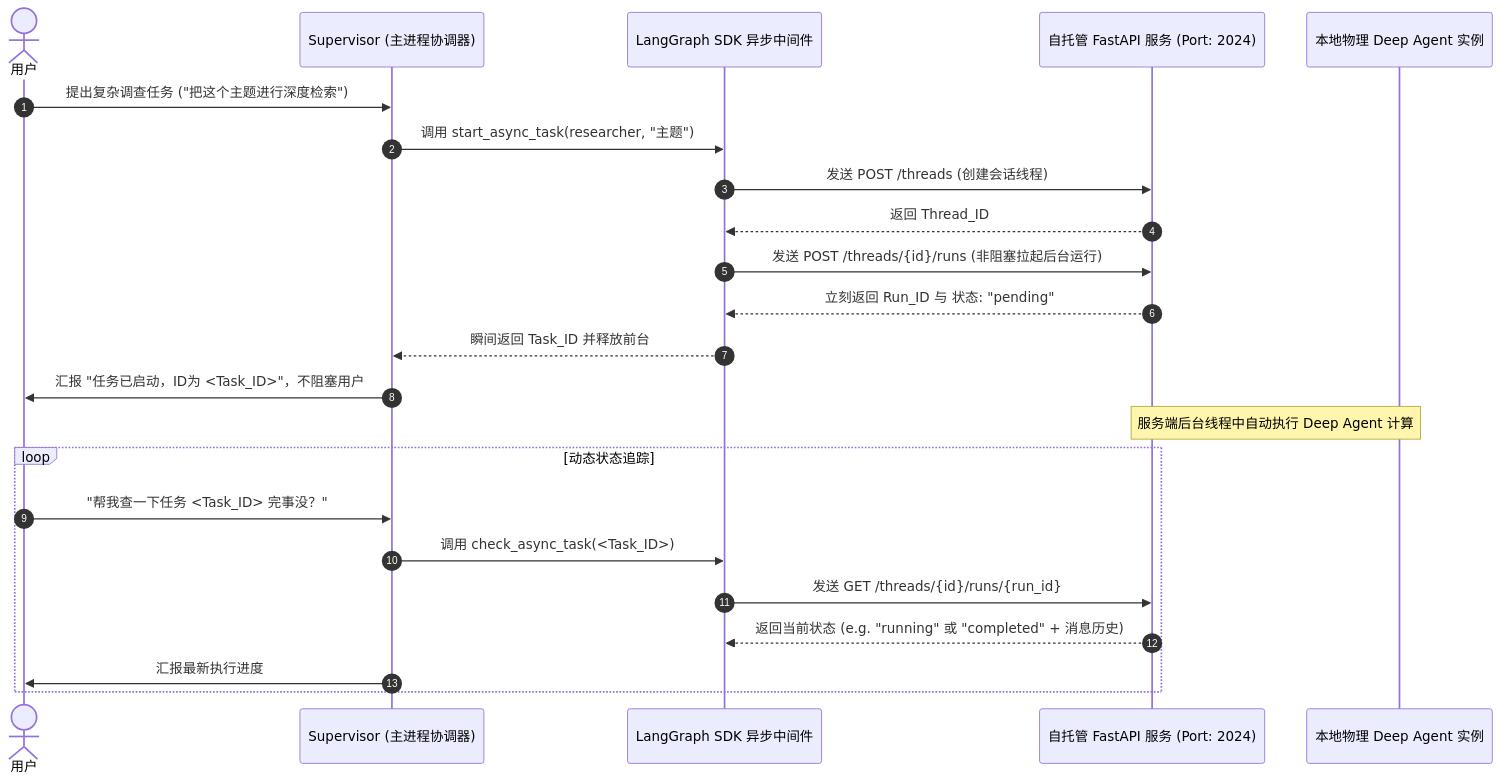
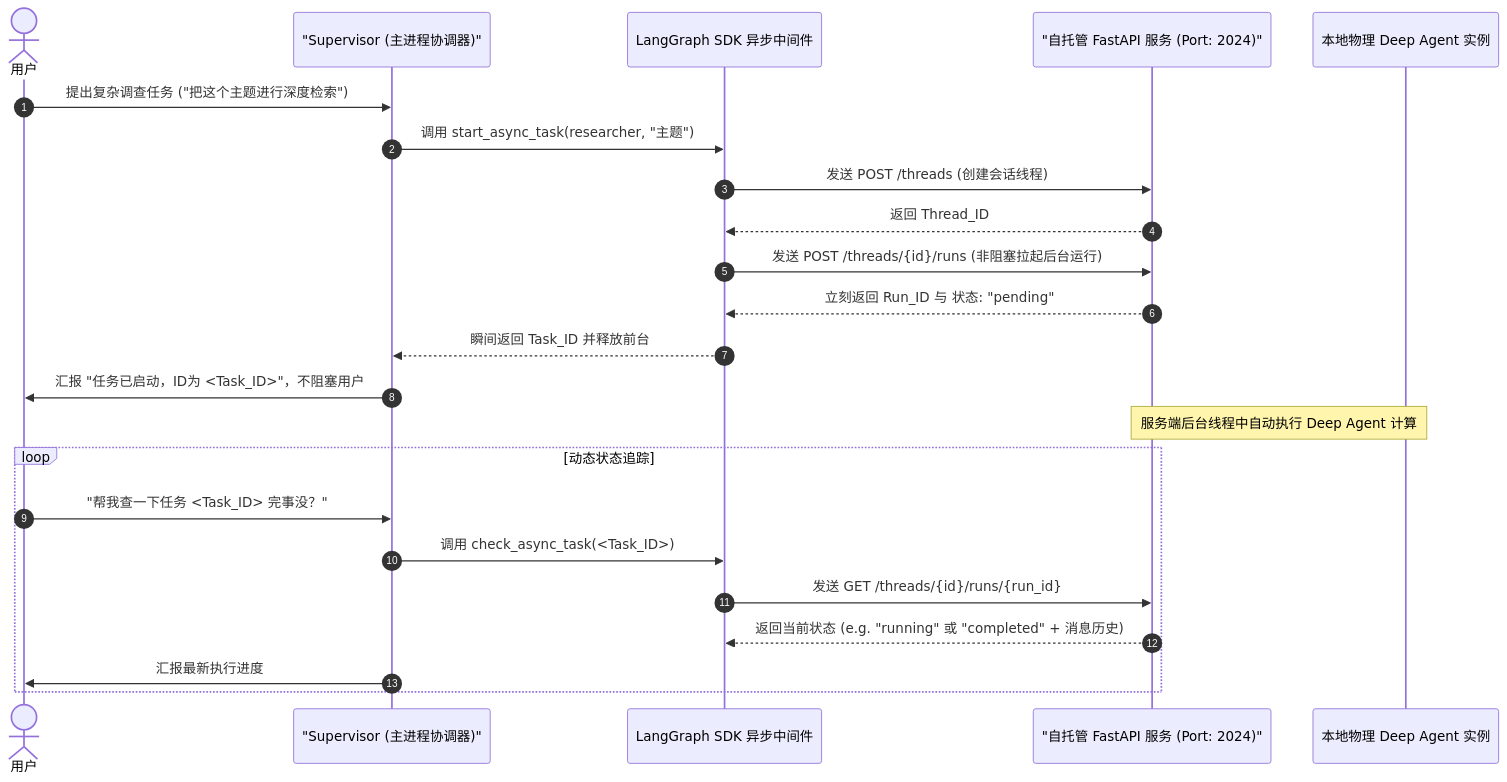
One commit to Xisha2100/deepagents changed the diagram in doc/13_async_subagent_server.md. Above: the diagram before and after it, drawn with Mermaid. The commit also changed 14 other files, not shown here.

Commit message:
docs(sdk): fix Mermaid syntax parser errors for VSCode extension compatibility

````diff
--- a/doc/13_async_subagent_server.md
+++ b/doc/13_async_subagent_server.md
@@ -22,28 +22,28 @@
 ```mermaid
 sequenceDiagram
     autonumber
     actor User as 用户
-    participant Sup as Supervisor (主进程协调器)
+    participant Sup as "Supervisor (主进程协调器)"
     participant SDK as LangGraph SDK 异步中间件
-    participant Server as 自托管 FastAPI 服务 (Port: 2024)
+    participant Server as "自托管 FastAPI 服务 (Port: 2024)"
     participant SubAgent as 本地物理 Deep Agent 实例
 
     User->>Sup: 提出复杂调查任务 ("把这个主题进行深度检索")
     Sup->>SDK: 调用 start_async_task(researcher, "主题")
     SDK->>Server: 发送 POST /threads (创建会话线程)
     Server-->>SDK: 返回 Thread_ID
     SDK->>Server: 发送 POST /threads/{id}/runs (非阻塞拉起后台运行)
     Server-->>SDK: 立刻返回 Run_ID 与 状态: "pending"
     SDK-->>Sup: 瞬间返回 Task_ID 并释放前台
     Sup->>User: 汇报 "任务已启动，ID为 <Task_ID>"，不阻塞用户
     
     Note over Server, SubAgent: 服务端后台线程中自动执行 Deep Agent 计算
     
     loop 动态状态追踪
         User->>Sup: "帮我查一下任务 <Task_ID> 完事没？"
         Sup->>SDK: 调用 check_async_task(<Task_ID>)
         SDK->>Server: 发送 GET /threads/{id}/runs/{run_id}
         Server-->>SDK: 返回当前状态 (e.g. "running" 或 "completed" + 消息历史)
         Sup->>User: 汇报最新执行进度
     end
 ```
````
